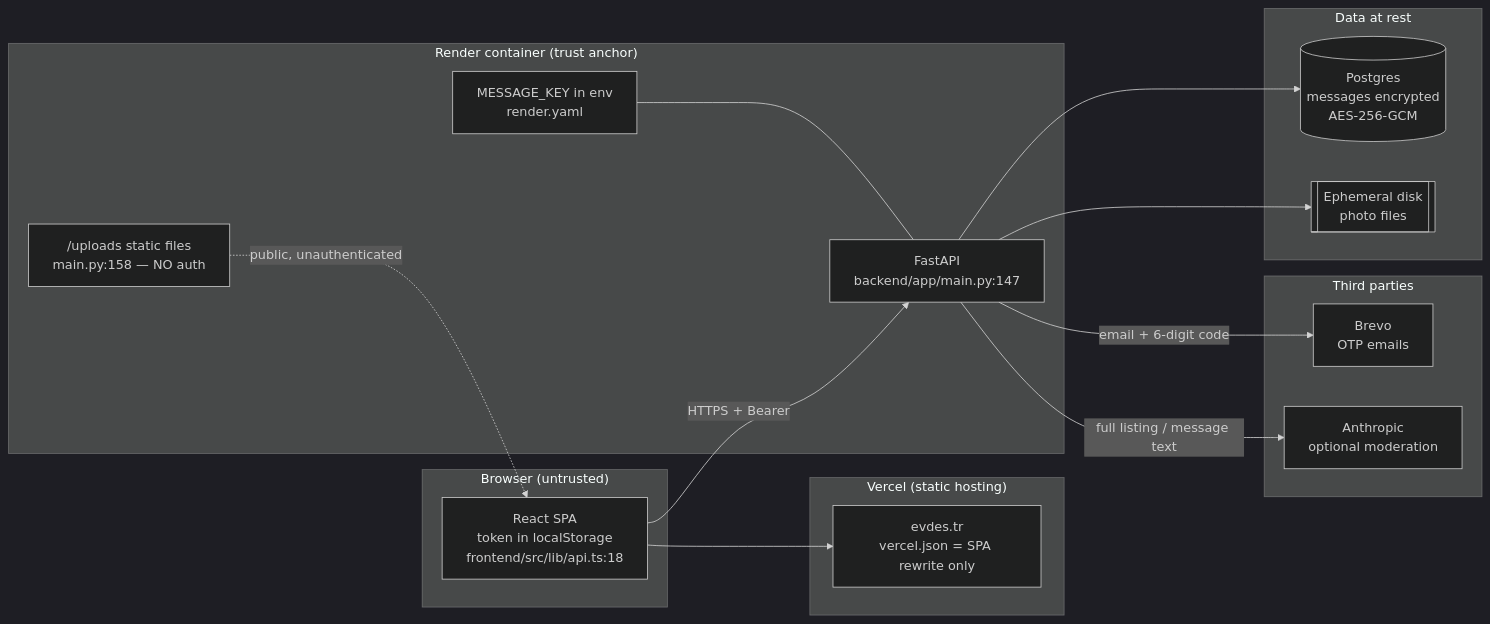
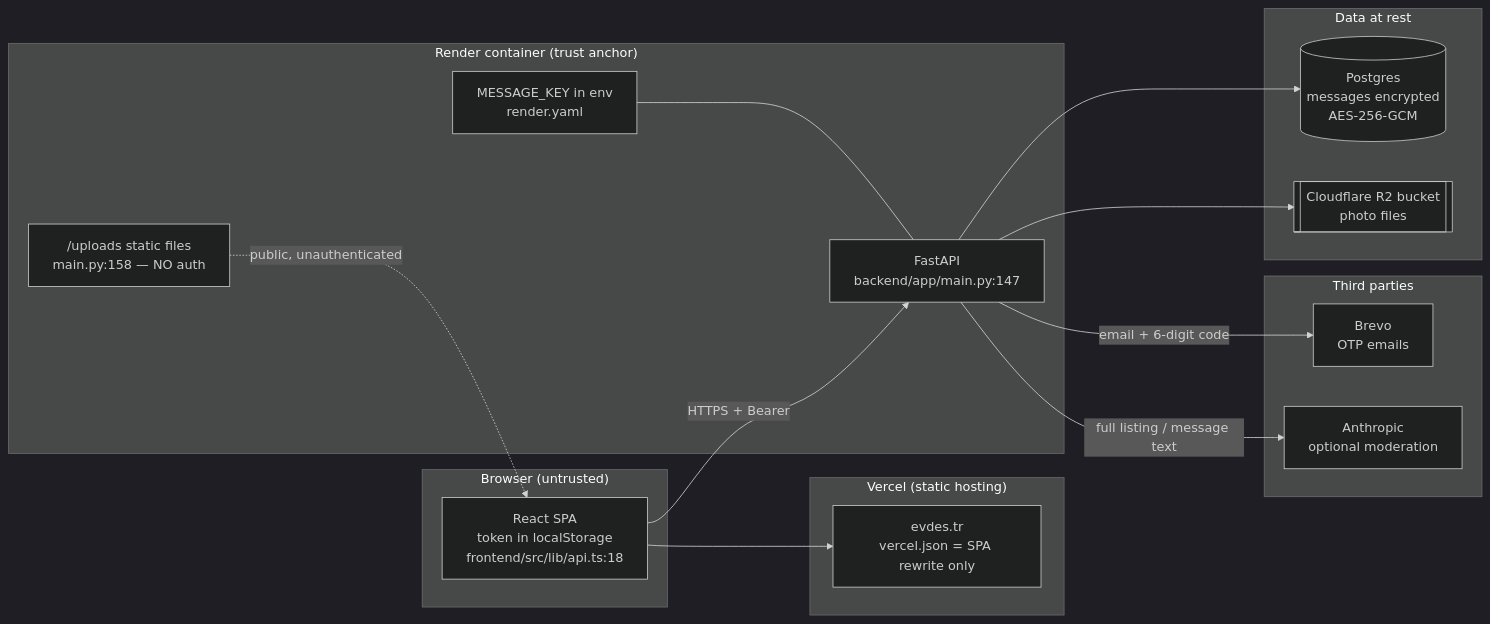
Before and after one commit to bariskiratt/istanbul-roommate-platform: the diagram in docs/SECURITY.md, drawn with Mermaid (dark theme). The commit also changed other lines of this file and 6 other files, not shown here.

````diff
--- a/docs/SECURITY.md
+++ b/docs/SECURITY.md
@@ -113,35 +113,35 @@
 ```mermaid
 flowchart LR
     subgraph client["Browser (untrusted)"]
         UI["React SPA<br/>token in localStorage<br/>frontend/src/lib/api.ts:18"]
     end
 
     subgraph vercel["Vercel (static hosting)"]
         SPA["evdes.tr<br/>vercel.json = SPA rewrite only"]
     end
 
     subgraph render["Render container (trust anchor)"]
         API["FastAPI<br/>backend/app/main.py:147"]
         STATIC["/uploads static files<br/>main.py:158 — NO auth"]
         KEY["MESSAGE_KEY in env<br/>render.yaml"]
     end
 
     subgraph data["Data at rest"]
         PG[("Postgres<br/>messages encrypted<br/>AES-256-GCM")]
-        DISK[["Ephemeral disk<br/>photo files"]]
+        DISK[["Cloudflare R2 bucket<br/>photo files"]]
     end
 
     subgraph third["Third parties"]
         BREVO["Brevo<br/>OTP emails"]
         ANTH["Anthropic<br/>optional moderation"]
     end
 
     UI -->|HTTPS + Bearer| API
     UI --> SPA
     API --> PG
     API --> DISK
     STATIC -.->|public, unauthenticated| UI
     API -->|email + 6-digit code| BREVO
     API -->|full listing / message text| ANTH
     KEY --- API
 ```
````
